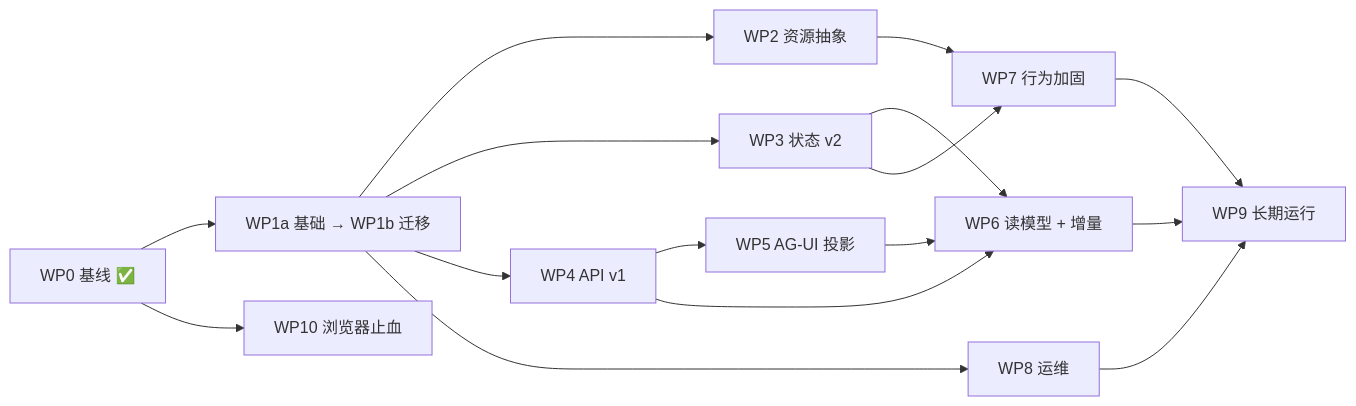
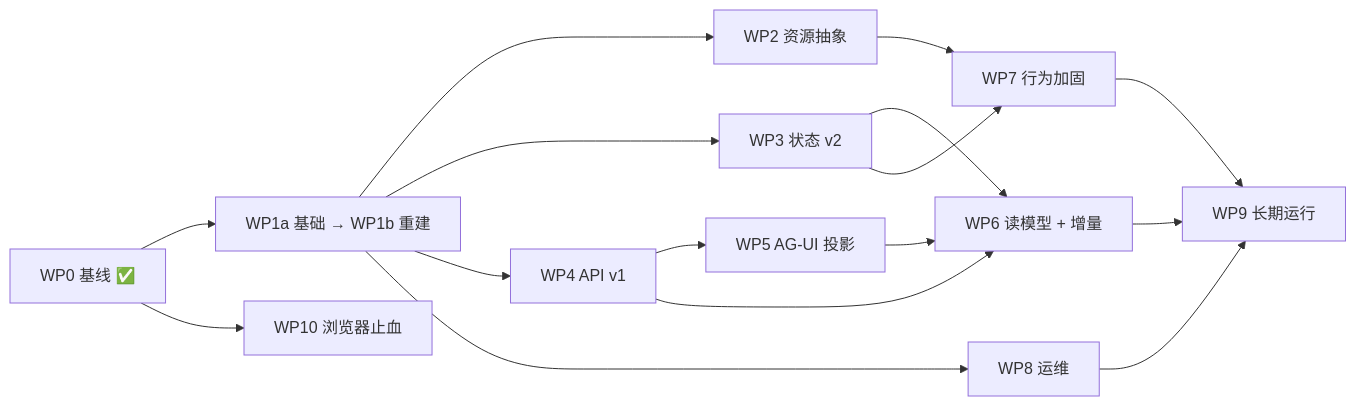
The diagram in docs/design/roadmap.md (YS-BW/Point), drawn with Mermaid before and after one commit. The commit also changed other lines of this file and 37 other files, not shown here.

````diff
--- a/docs/design/roadmap.md
+++ b/docs/design/roadmap.md
@@ -53,18 +53,18 @@
 ```mermaid
 flowchart LR
-    WP0[WP0 基线 ✅] --> WP1[WP1a 基础 → WP1b 迁移]
+    WP0[WP0 基线 ✅] --> WP1[WP1a 基础 → WP1b 重建]
     WP1 --> WP2[WP2 资源抽象]
     WP1 --> WP3[WP3 状态 v2]
     WP1 --> WP4[WP4 API v1]
     WP1 --> WP8[WP8 运维]
     WP0 --> WP10[WP10 浏览器止血]
     WP4 --> WP5[WP5 AG-UI 投影]
     WP3 --> WP6[WP6 读模型 + 增量]
     WP4 --> WP6
     WP5 --> WP6
     WP2 --> WP7[WP7 行为加固]
     WP3 --> WP7
     WP6 --> WP9[WP9 长期运行]
     WP7 --> WP9
     WP8 --> WP9
 ```
````
